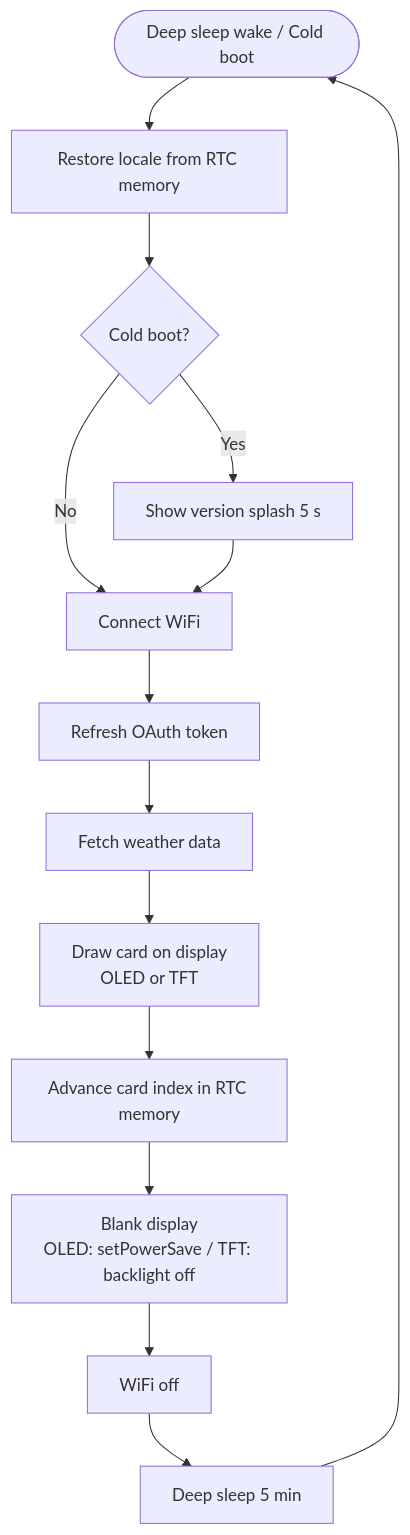
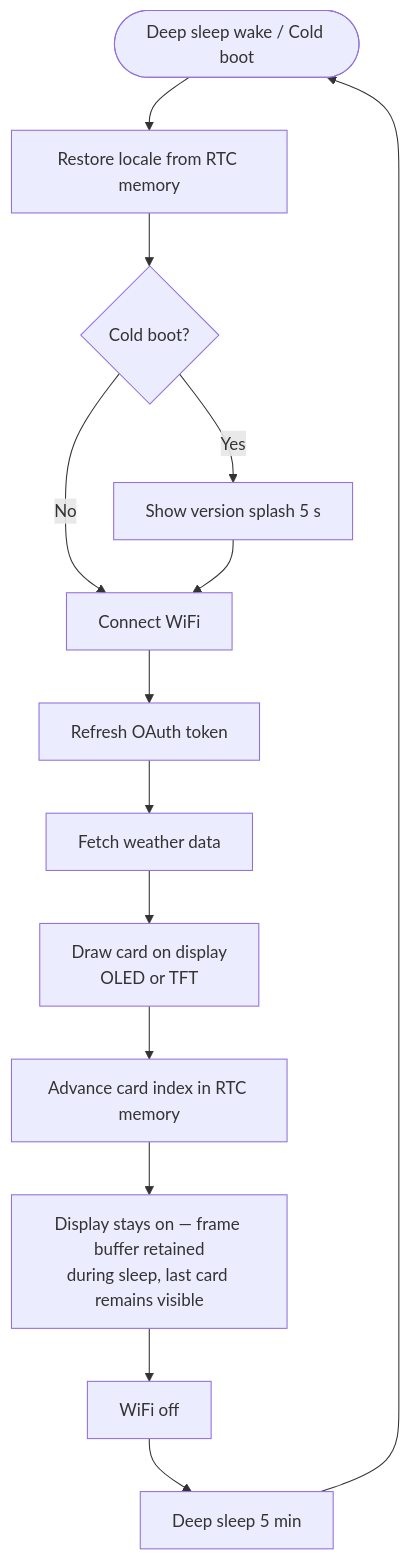
One commit to vcchstrandberg/netatmo-weather-api changed the ninth of 9 diagrams in README.md. Above: the diagram before and after it, drawn with Mermaid. The commit also changed other lines of this file and 1 other file, not shown here.

First line of the commit message:
Keep display on during deep sleep

````diff
--- a/README.md
+++ b/README.md
@@ -660,16 +660,16 @@
 ```mermaid
 flowchart TD
     A([Deep sleep wake / Cold boot]) --> B[Restore locale from RTC memory]
     B --> C{Cold boot?}
     C -->|Yes| D[Show version splash 5 s]
     C -->|No| E[Connect WiFi]
     D --> E
     E --> F[Refresh OAuth token]
     F --> G[Fetch weather data]
     G --> H[Draw card on display\nOLED or TFT]
     H --> I[Advance card index in RTC memory]
-    I --> J[Blank display\nOLED: setPowerSave / TFT: backlight off]
+    I --> J[Display stays on — frame buffer retained\nduring sleep, last card remains visible]
     J --> K[WiFi off]
     K --> L[Deep sleep 5 min]
     L --> A
 ```
````
